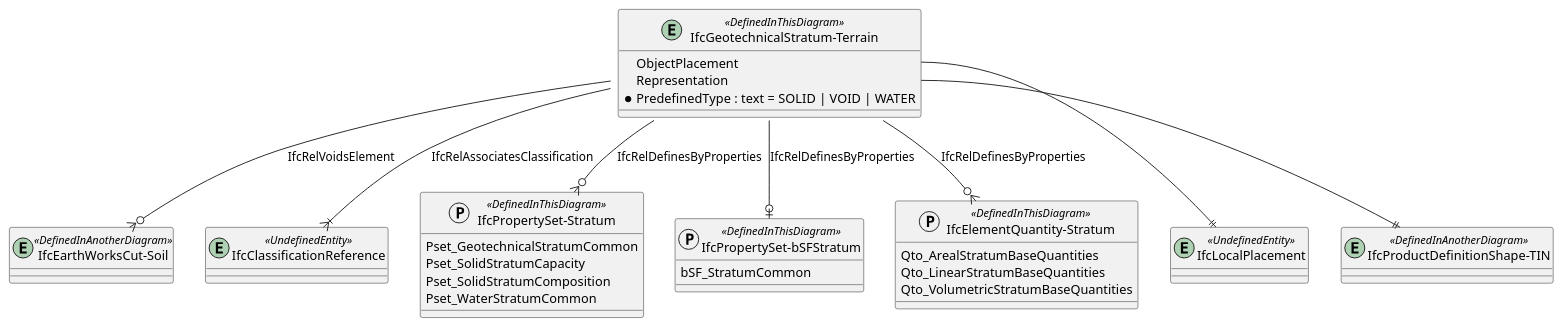
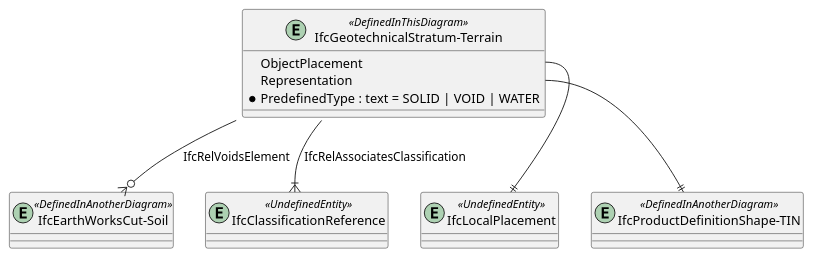
The diagram in diagrams/bsf-IfcGeotechnicalStratum-Terrain.pu (buildingSMART-Finland/RYTV-IFCRoute), drawn with PlantUML before and after one commit. The commit also changed 2 other files, not shown here.

Commit message:
Few pset definitions

```diff
--- a/diagrams/bsf-IfcGeotechnicalStratum-Terrain.pu
+++ b/diagrams/bsf-IfcGeotechnicalStratum-Terrain.pu
@@ -1,48 +1,24 @@
 @startuml 
 
 
 entity "IfcGeotechnicalStratum-Terrain" <<DefinedInThisDiagram>>
 {
   ObjectPlacement
   Representation
   *PredefinedType : text = SOLID | VOID | WATER
 }
 
 entity "IfcEarthWorksCut-Soil" <<DefinedInAnotherDiagram>>
 
 entity IfcClassificationReference <<UndefinedEntity>>
 "IfcGeotechnicalStratum-Terrain" --|{ IfcClassificationReference : IfcRelAssociatesClassification
 
-protocol "IfcPropertySet-Stratum" <<DefinedInThisDiagram>>
-{
-  Pset_GeotechnicalStratumCommon
-  Pset_SolidStratumCapacity
-  Pset_SolidStratumComposition
-  Pset_WaterStratumCommon
-}
-
-protocol "IfcPropertySet-bSFStratum" <<DefinedInThisDiagram>>
-{
-  bSF_StratumCommon
-}
-
-protocol "IfcElementQuantity-Stratum" <<DefinedInThisDiagram>>
-{
-  Qto_ArealStratumBaseQuantities
-  Qto_LinearStratumBaseQuantities
-  Qto_VolumetricStratumBaseQuantities
-}
-
 entity IfcLocalPlacement <<UndefinedEntity>>
 "IfcGeotechnicalStratum-Terrain::ObjectPlacement" --|| IfcLocalPlacement
 
 entity "IfcProductDefinitionShape-TIN" <<DefinedInAnotherDiagram>>
 "IfcGeotechnicalStratum-Terrain::Representation" --|| "IfcProductDefinitionShape-TIN"
 
 "IfcGeotechnicalStratum-Terrain" --o{ "IfcEarthWorksCut-Soil": IfcRelVoidsElement
 
-"IfcGeotechnicalStratum-Terrain" --o| "IfcPropertySet-bSFStratum" : IfcRelDefinesByProperties
-"IfcGeotechnicalStratum-Terrain" --o{ "IfcPropertySet-Stratum"  : IfcRelDefinesByProperties
-"IfcGeotechnicalStratum-Terrain" --o{ "IfcElementQuantity-Stratum"  : IfcRelDefinesByProperties
-
 @enduml
```
